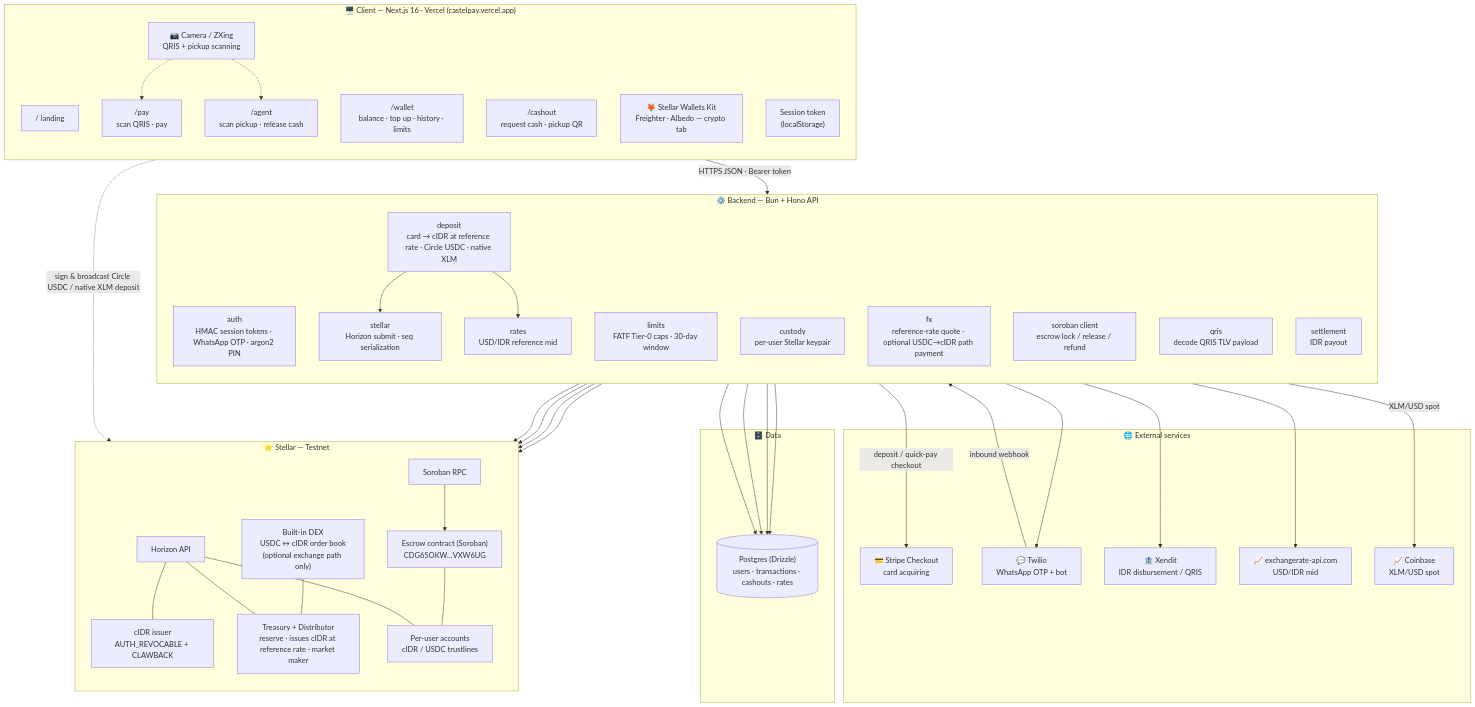
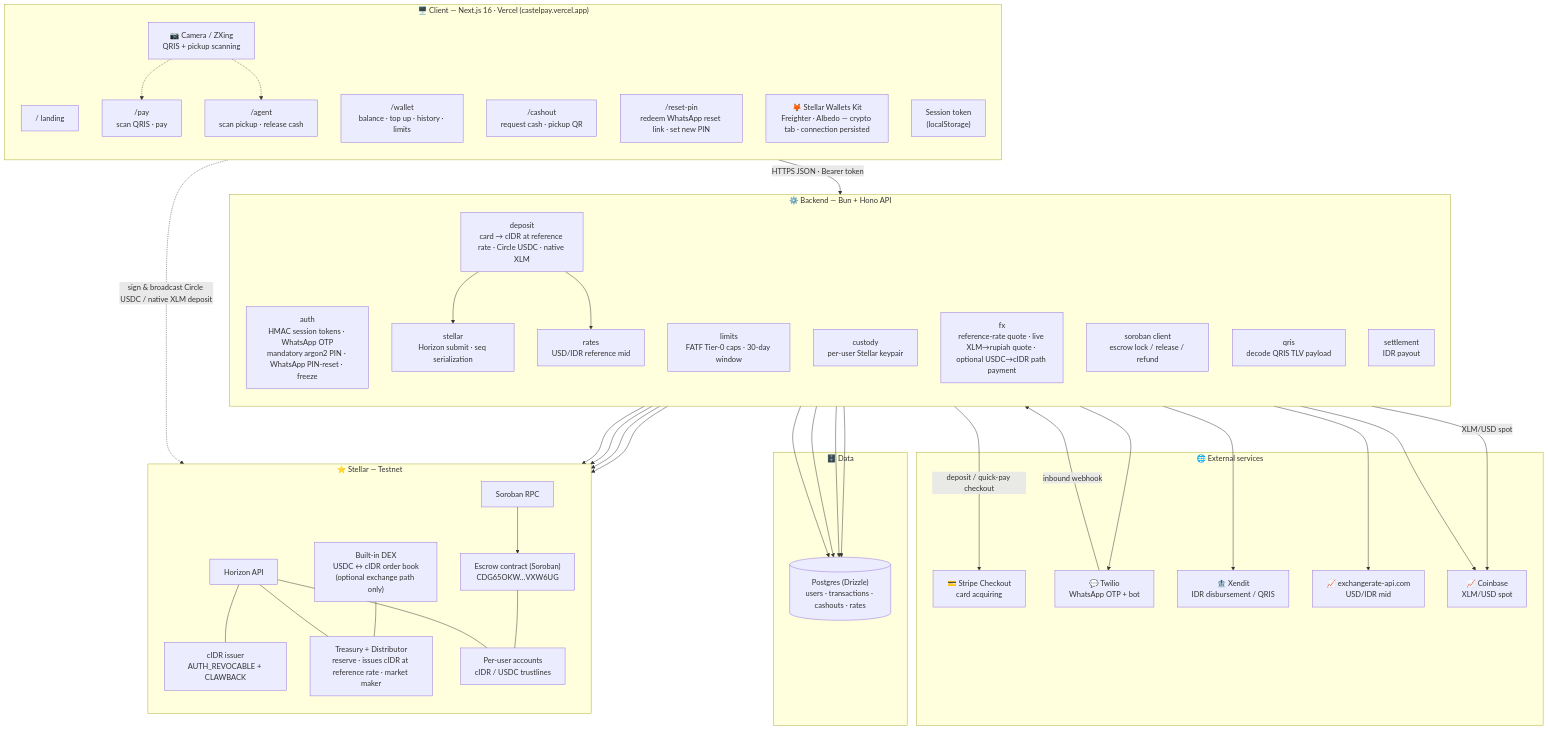
The second of 7 diagrams in architecture.md (CastelPay/.github), drawn with Mermaid before and after one commit. The commit also changed other lines of this file and 1 other file, not shown here.

First line of the commit message:
docs: org profile + architecture — PIN onboarding, forgot-PIN reset, freeze

````diff
--- a/architecture.md
+++ b/architecture.md
@@ -63,79 +63,81 @@
 ```mermaid
 flowchart TB
     subgraph client["🖥️ Client — Next.js 16 · Vercel (castelpay.vercel.app)"]
         direction TB
         LAND["/ landing"]
         WALLET["/wallet<br/>balance · top up · history · limits"]
         PAY["/pay<br/>scan QRIS · pay"]
         CASHOUT["/cashout<br/>request cash · pickup QR"]
         AGENTPG["/agent<br/>scan pickup · release cash"]
+        RESETPG["/reset-pin<br/>redeem WhatsApp reset link · set new PIN"]
         CAM["📷 Camera / ZXing<br/>QRIS + pickup scanning"]
-        WKIT["🦊 Stellar Wallets Kit<br/>Freighter · Albedo — crypto tab"]
+        WKIT["🦊 Stellar Wallets Kit<br/>Freighter · Albedo — crypto tab · connection persisted"]
         SESS["Session token<br/>(localStorage)"]
     end
 
     subgraph backend["⚙️ Backend — Bun + Hono API"]
         direction TB
-        AUTH["auth<br/>HMAC session tokens · WhatsApp OTP · argon2 PIN"]
+        AUTH["auth<br/>HMAC session tokens · WhatsApp OTP<br/>mandatory argon2 PIN · WhatsApp PIN-reset · freeze"]
         LIMITS["limits<br/>FATF Tier-0 caps · 30-day window"]
         CUSTODY["custody<br/>per-user Stellar keypair"]
         DEPOSIT["deposit<br/>card → cIDR at reference rate · Circle USDC · native XLM"]
-        FX["fx<br/>reference-rate quote · optional USDC→cIDR path payment"]
+        FX["fx<br/>reference-rate quote · live XLM→rupiah quote · optional USDC→cIDR path payment"]
         SOROBANL["soroban client<br/>escrow lock / release / refund"]
         QRIS["qris<br/>decode QRIS TLV payload"]
         SETTLE["settlement<br/>IDR payout"]
         RATES["rates<br/>USD/IDR reference mid"]
         STELLARL["stellar<br/>Horizon submit · seq serialization"]
     end
 
     subgraph data["🗄️ Data"]
         PG[("Postgres (Drizzle)<br/>users · transactions · cashouts · rates")]
     end
 
     subgraph ext["🌐 External services"]
         STRIPE["💳 Stripe Checkout<br/>card acquiring"]
         TWILIO["💬 Twilio<br/>WhatsApp OTP + bot"]
         XENDIT["🏦 Xendit<br/>IDR disbursement / QRIS"]
         ERAPI["📈 exchangerate-api.com<br/>USD/IDR mid"]
         COINBASE["📈 Coinbase<br/>XLM/USD spot"]
     end
 
     subgraph chain["⭐ Stellar — Testnet"]
         direction TB
         HORIZON["Horizon API"]
         SRPC["Soroban RPC"]
         DEX["Built-in DEX<br/>USDC ↔ cIDR order book<br/>(optional exchange path only)"]
         ISSUER["cIDR issuer<br/>AUTH_REVOCABLE + CLAWBACK"]
         TREASURY["Treasury + Distributor<br/>reserve · issues cIDR at reference rate · market maker"]
         USERACC["Per-user accounts<br/>cIDR / USDC trustlines"]
         ESCROW["Escrow contract (Soroban)<br/>CDG65OKW…VXW6UG"]
     end
 
     client -->|HTTPS JSON · Bearer token| backend
     CAM -.-> PAY
     CAM -.-> AGENTPG
     WKIT -.->|sign & broadcast Circle USDC / native XLM deposit| chain
 
     AUTH --> TWILIO
     AUTH --> PG
     LIMITS --> PG
     CUSTODY --> PG
     SETTLE --> XENDIT
     RATES --> ERAPI
     RATES --> PG
     backend -->|deposit / quick-pay checkout| STRIPE
     DEPOSIT -->|XLM/USD spot| COINBASE
     TWILIO -->|inbound webhook| backend
 
     DEPOSIT --> STELLARL
     DEPOSIT --> RATES
     FX --> HORIZON
     FX --> DEX
+    FX --> COINBASE
     STELLARL --> HORIZON
     SOROBANL --> SRPC --> ESCROW
     HORIZON --- ISSUER
     HORIZON --- TREASURY
     HORIZON --- USERACC
     DEX --- TREASURY
     ESCROW --- USERACC
 ```
````
